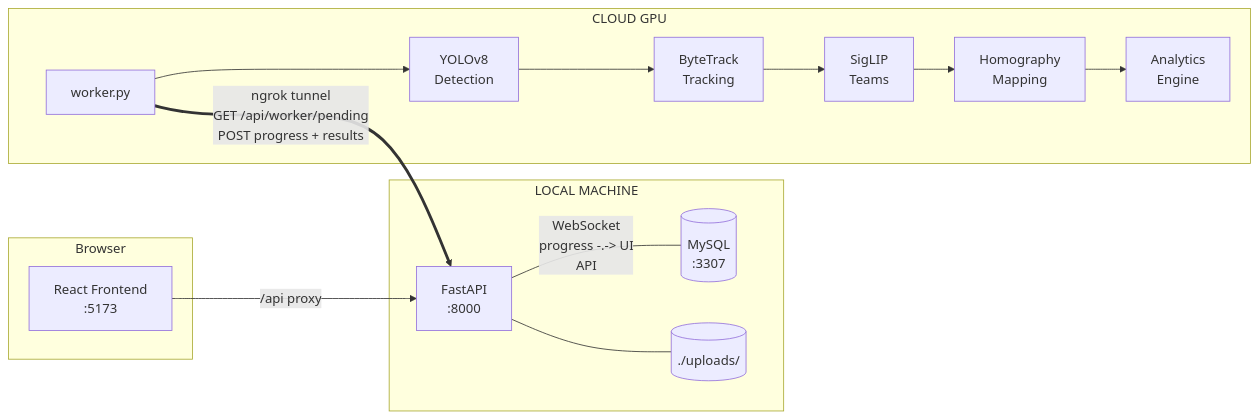
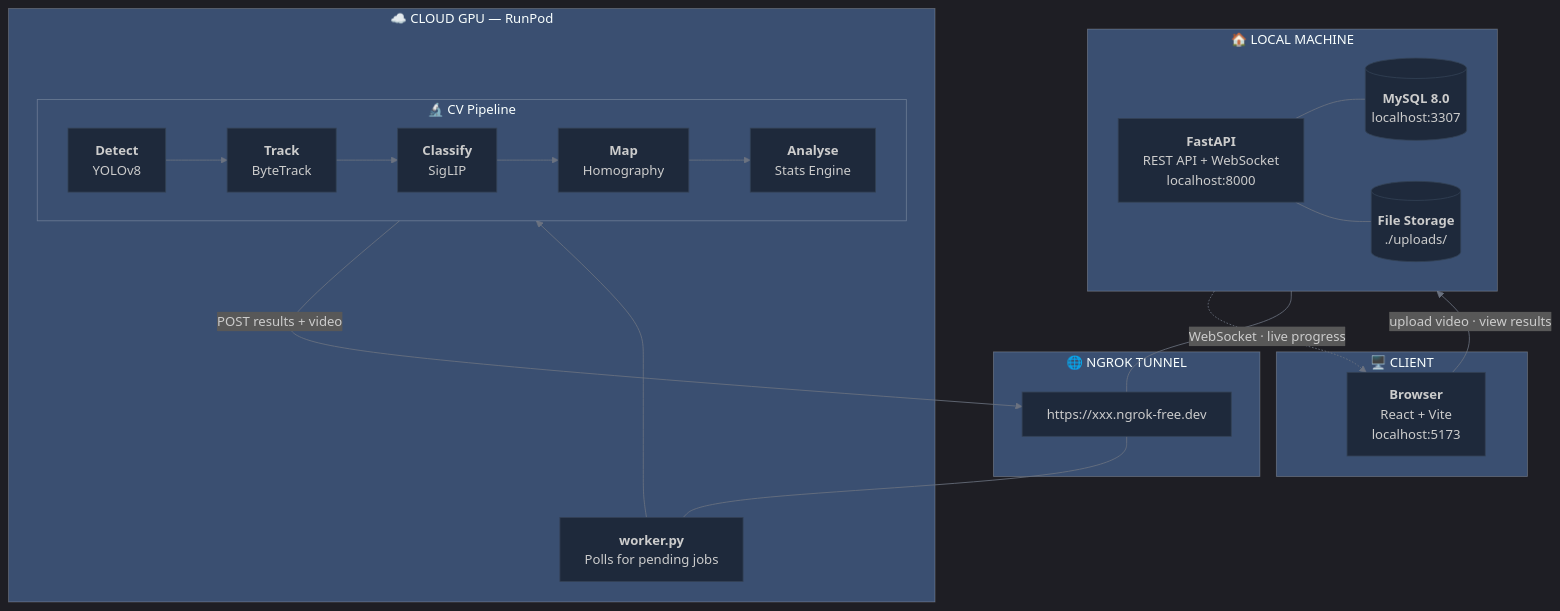
Before and after one commit to esharif20/football-analytics-dashboard: the first of 3 diagrams in README.md, drawn with Mermaid.

Commit message:
Redesign system architecture diagram — detailed, clear, aesthetic
Dark themed Mermaid diagram with labeled sections, emoji icons,
clear top-down flow: Client -> Local -> Tunnel -> Cloud GPU.
Pipeline stages shown as horizontal chain within cloud subgraph.

````diff
--- a/README.md
+++ b/README.md
@@ -11,30 +11,40 @@
 ```mermaid
-graph LR
-    subgraph Browser
-        UI["React Frontend\n:5173"]
+%%{init: {'theme': 'dark', 'themeVariables': { 'primaryColor': '#10b981', 'primaryTextColor': '#e2e8f0', 'primaryBorderColor': '#059669', 'lineColor': '#6b7280', 'secondaryColor': '#1e293b', 'tertiaryColor': '#0f172a', 'mainBkg': '#1e293b', 'nodeBorder': '#334155'}}}%%
+
+flowchart TD
+    subgraph client [" 🖥️  CLIENT "]
+        Browser["<b>Browser</b><br/>React + Vite<br/>localhost:5173"]
     end
 
-    subgraph Local["LOCAL MACHINE"]
-        API["FastAPI\n:8000"]
-        DB[("MySQL\n:3307")]
-        FS[("./uploads/")]
+    subgraph local [" 🏠  LOCAL MACHINE "]
+        direction LR
+        API["<b>FastAPI</b><br/>REST API + WebSocket<br/>localhost:8000"]
+        DB[("<b>MySQL 8.0</b><br/>localhost:3307")]
+        Files[("<b>File Storage</b><br/>./uploads/")]
     end
 
-    subgraph RunPod["CLOUD GPU"]
-        W["worker.py"]
-        P1["YOLOv8\nDetection"]
-        P2["ByteTrack\nTracking"]
-        P3["SigLIP\nTeams"]
-        P4["Homography\nMapping"]
-        P5["Analytics\nEngine"]
+    subgraph tunnel [" 🌐  NGROK TUNNEL "]
+        ngrok["https://xxx.ngrok-free.dev"]
     end
 
-    UI -- "/api proxy" --> API
-    API -- "WebSocket\nprogress" -.-> UI
+    subgraph cloud [" ☁️  CLOUD GPU — RunPod "]
+        Worker["<b>worker.py</b><br/>Polls for pending jobs"]
+        subgraph pipeline [" 🔬  CV Pipeline "]
+            direction LR
+            D["<b>Detect</b><br/>YOLOv8"]
+            T["<b>Track</b><br/>ByteTrack"]
+            C["<b>Classify</b><br/>SigLIP"]
+            M["<b>Map</b><br/>Homography"]
+            A["<b>Analyse</b><br/>Stats Engine"]
+        end
+    end
+
+    Browser -- "upload video · view results" --> API
+    API -. "WebSocket · live progress" .-> Browser
     API --- DB
-    API --- FS
-
-    W == "ngrok tunnel\nGET /api/worker/pending\nPOST progress + results" ==> API
-
-    W --> P1 --> P2 --> P3 --> P4 --> P5
+    API --- Files
+    API --- ngrok
+    ngrok --- Worker
+    Worker --> D --> T --> C --> M --> A
+    A -- "POST results + video" --> ngrok
 ```
````
